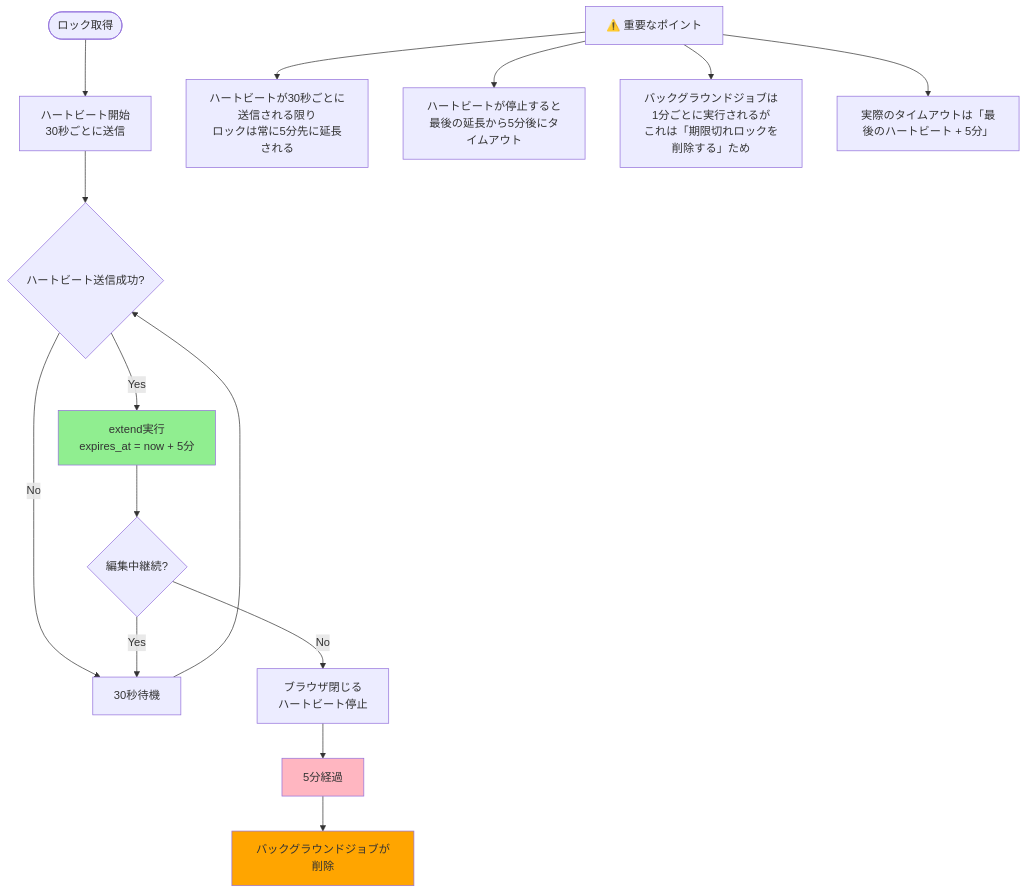
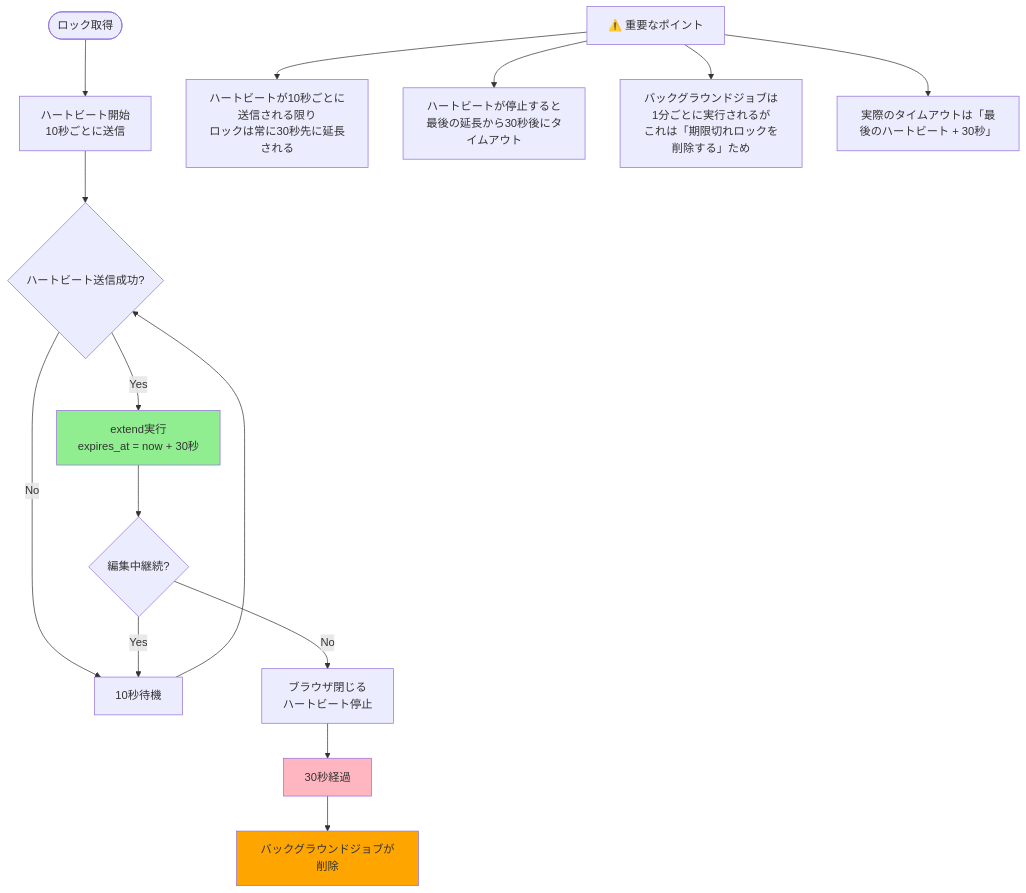
The sixth of 6 diagrams in DOCUMENT_LOCK_FLOW.md (idw-coder/laravel-rds), drawn with Mermaid before and after one commit. The commit also changed other lines of this file and 3 other files, not shown here.

````diff
--- a/DOCUMENT_LOCK_FLOW.md
+++ b/DOCUMENT_LOCK_FLOW.md
@@ -168,25 +168,25 @@
 ```mermaid
 flowchart TD
-    Start([ロック取得]) --> HB[ハートビート開始<br/>30秒ごとに送信]
+    Start([ロック取得]) --> HB[ハートビート開始<br/>10秒ごとに送信]
     HB --> Check{ハートビート送信成功?}
-    Check -->|Yes| Extend[extend実行<br/>expires_at = now + 5分]
-    Check -->|No| Wait[30秒待機]
+    Check -->|Yes| Extend[extend実行<br/>expires_at = now + 30秒]
+    Check -->|No| Wait[10秒待機]
     Wait --> Check
     
     Extend --> Continue{編集中継続?}
     Continue -->|Yes| Wait
     Continue -->|No| Stop[ブラウザ閉じる<br/>ハートビート停止]
     
-    Stop --> Timeout[5分経過]
+    Stop --> Timeout[30秒経過]
     Timeout --> Cleanup[バックグラウンドジョブが削除]
     
     Note1[⚠️ 重要なポイント]
-    Note1 --> Point1[ハートビートが30秒ごとに送信される限り<br/>ロックは常に5分先に延長される]
-    Note1 --> Point2[ハートビートが停止すると<br/>最後の延長から5分後にタイムアウト]
+    Note1 --> Point1[ハートビートが10秒ごとに送信される限り<br/>ロックは常に30秒先に延長される]
+    Note1 --> Point2[ハートビートが停止すると<br/>最後の延長から30秒後にタイムアウト]
     Note1 --> Point3[バックグラウンドジョブは1分ごとに実行されるが<br/>これは「期限切れロックを削除する」ため]
-    Note1 --> Point4[実際のタイムアウトは「最後のハートビート + 5分」]
+    Note1 --> Point4[実際のタイムアウトは「最後のハートビート + 30秒」]
     
     style Extend fill:#90EE90
     style Timeout fill:#FFB6C1
     style Cleanup fill:#FFA500
 ```
````
